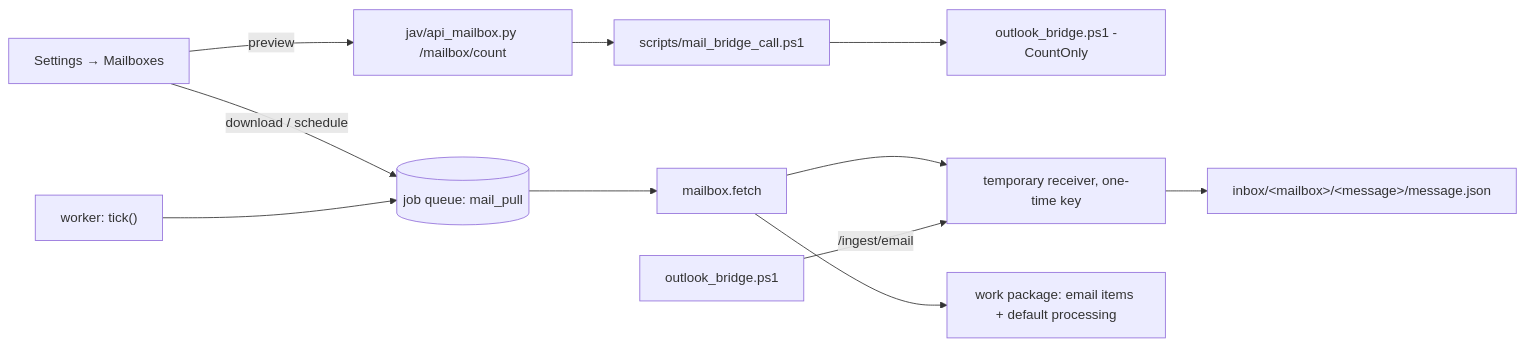
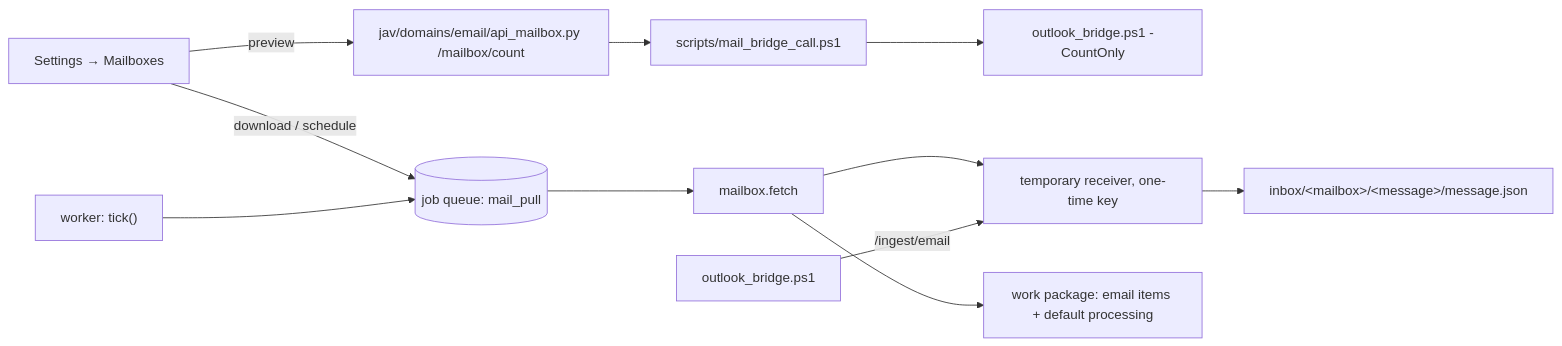
One commit to kassaiattila/58_JEV_AI changed the fourth of 4 diagrams in docs/ARCHITECTURE.md. Above: the diagram before and after it, drawn with Mermaid. The commit also changed other lines of this file and 102 other files, not shown here.

````diff
--- a/docs/ARCHITECTURE.md
+++ b/docs/ARCHITECTURE.md
@@ -491,12 +491,12 @@
 ```mermaid
 flowchart LR
-  UI["Settings → Mailboxes"] -->|preview| API[jav/api_mailbox.py /mailbox/count]
+  UI["Settings → Mailboxes"] -->|preview| API[jav/domains/email/api_mailbox.py /mailbox/count]
   API --> W[scripts/mail_bridge_call.ps1] --> B[outlook_bridge.ps1 -CountOnly]
   UI -->|download / schedule| Q[(job queue: mail_pull)]
   T["worker: tick()"] --> Q
   Q --> F[mailbox.fetch]
   F --> R[temporary receiver, one-time key]
   B2[outlook_bridge.ps1] -->|/ingest/email| R
   R --> I[inbox/&lt;mailbox&gt;/&lt;message&gt;/message.json]
   F --> WP[work package: email items + default processing]
 ```
````
